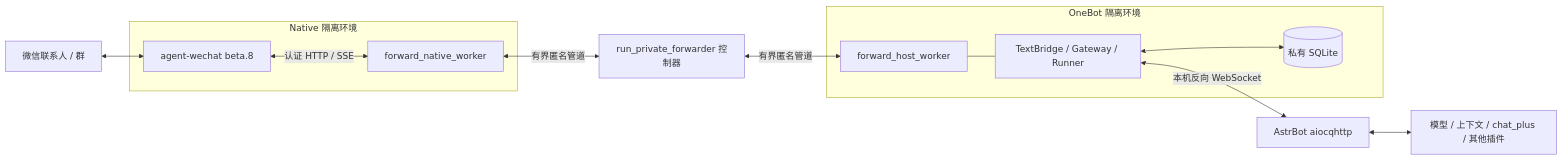
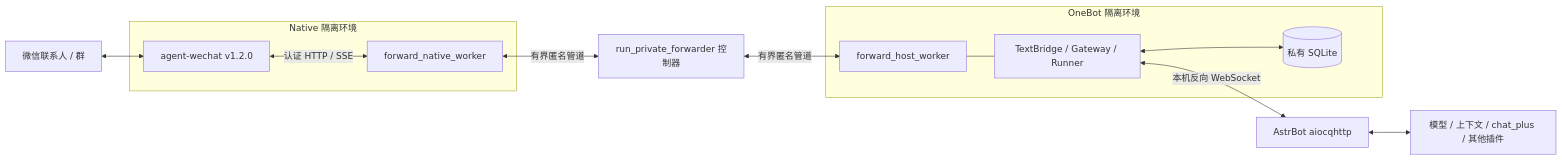
The first of 2 diagrams in docs/DEVELOPMENT.md (MukPun/MukPun-WeChat), drawn with Mermaid before and after one commit. The commit also changed other lines of this file and 13 other files, not shown here.

````diff
--- a/docs/DEVELOPMENT.md
+++ b/docs/DEVELOPMENT.md
@@ -11,24 +11,24 @@
 ```mermaid
 flowchart LR
     WX[微信联系人 / 群]
     subgraph N[Native 隔离环境]
-        SDK[agent-wechat beta.8]
+        SDK[agent-wechat v1.2.0]
         NW[forward_native_worker]
         SDK <-->|认证 HTTP / SSE| NW
     end
     C[run_private_forwarder 控制器]
     subgraph B[OneBot 隔离环境]
         HW[forward_host_worker]
         BR[TextBridge / Gateway / Runner]
         DB[(私有 SQLite)]
         HW --- BR
         BR <--> DB
     end
     AB[AstrBot aiocqhttp]
     LLM[模型 / 上下文 / chat_plus / 其他插件]
     WX <--> SDK
     NW <-->|有界匿名管道| C
     C <-->|有界匿名管道| HW
     BR <-->|本机反向 WebSocket| AB
     AB <--> LLM
 ```
````
